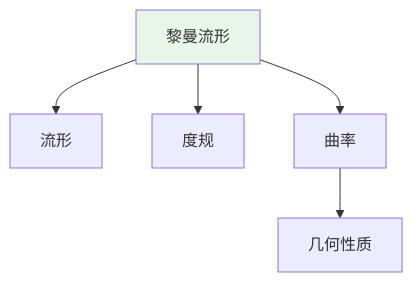
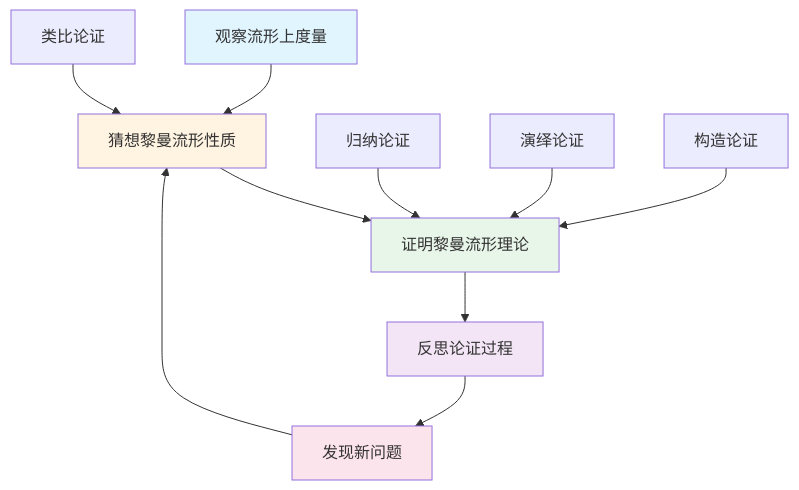
Before and after one commit to AdaMartin18010/FormalMath: the fifth of 11 diagrams in concept/核心概念/19-黎曼流形.md, drawn with Mermaid. The commit also changed other lines of this file and 4793 other files, not shown here.

````diff
--- a/concept/核心概念/19-黎曼流形.md
+++ b/concept/核心概念/19-黎曼流形.md
@@ -699,9 +1430,19 @@
 ```mermaid
 graph TD
-    A[黎曼流形] --> B[流形]
-    A --> C[度规]
-    A --> D[曲率]
-    D --> E[几何性质]
+    A[观察流形上度量] --> B[猜想黎曼流形性质]
+    B --> C[证明黎曼流形理论]
+    C --> D[反思论证过程]
+    D --> E[发现新问题]
+    E --> B
 
-    style A fill:#e8f5e9
+    F[归纳论证] --> C
+    G[演绎论证] --> C
+    H[类比论证] --> B
+    I[构造论证] --> C
+
+    style A fill:#e1f5ff
+    style B fill:#fff4e1
+    style C fill:#e8f5e9
+    style D fill:#f3e5f5
+    style E fill:#fce4ec
 ```
````
